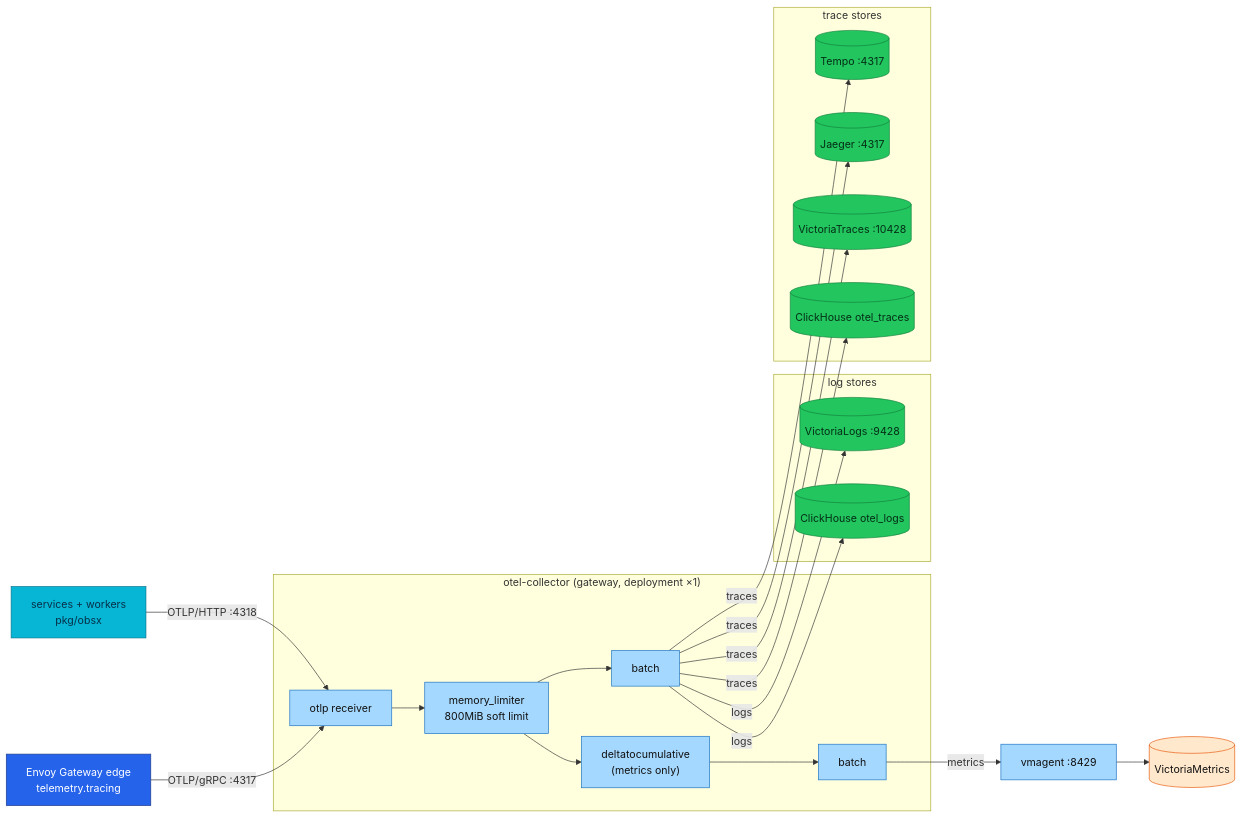
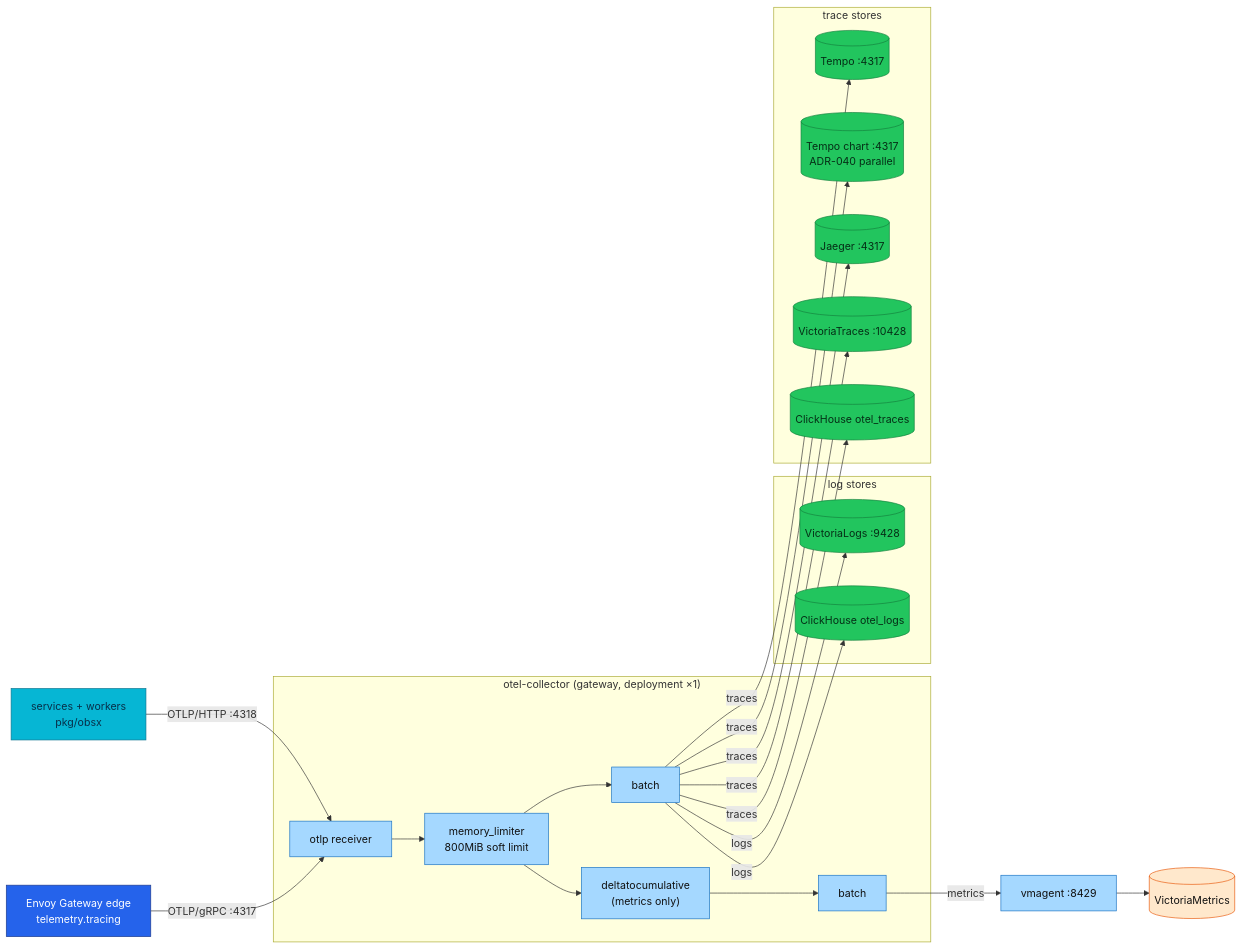
Before and after one commit to duynhlab/homelab: the diagram in docs/observability/opentelemetry/collector.md, drawn with Mermaid. The commit also changed other lines of this file and 12 other files, not shown here.

````diff
--- a/docs/observability/opentelemetry/collector.md
+++ b/docs/observability/opentelemetry/collector.md
@@ -55,42 +55,44 @@
 ```mermaid
 flowchart LR
     APPS["services + workers<br/>pkg/obsx"] -->|"OTLP/HTTP :4318"| RCV
     EDGE["Envoy Gateway edge<br/>telemetry.tracing"] -->|"OTLP/gRPC :4317"| RCV
 
     subgraph COLLECTOR["otel-collector (gateway, deployment ×1)"]
         RCV["otlp receiver"] --> ML["memory_limiter<br/>800MiB soft limit"]
         ML --> D2C["deltatocumulative<br/>(metrics only)"] --> BM["batch"]
         ML --> BT["batch"]
     end
 
     BM -->|"metrics"| VMA["vmagent :8429"] --> VM[("VictoriaMetrics")]
 
     subgraph LOGSTORES["log stores"]
         VL[("VictoriaLogs :9428")]
         CHL[("ClickHouse otel_logs")]
     end
     subgraph TRACESTORES["trace stores"]
         TEMPO[("Tempo :4317")]
+        TEMPOC[("Tempo chart :4317<br/>ADR-040 parallel")]
         JAE[("Jaeger :4317")]
         VT[("VictoriaTraces :10428")]
         CHT[("ClickHouse otel_traces")]
     end
 
     BT -->|"logs"| VL
     BT -->|"logs"| CHL
     BT -->|"traces"| TEMPO
+    BT -->|"traces"| TEMPOC
     BT -->|"traces"| JAE
     BT -->|"traces"| VT
     BT -->|"traces"| CHT
 
     classDef service fill:#06b6d4,color:#082f49,stroke:#0e7490;
     classDef edge fill:#2563eb,color:#fff,stroke:#1e3a8a;
     classDef collector fill:#a5d8ff,color:#111,stroke:#1971c2;
     classDef metric fill:#ffe8cc,color:#111,stroke:#e8590c;
     classDef data fill:#22c55e,color:#052e16,stroke:#15803d;
     class APPS service;
     class EDGE edge;
     class RCV,ML,D2C,BM,BT,VMA collector;
     class VM metric;
-    class VL,CHL,TEMPO,JAE,VT,CHT data;
+    class VL,CHL,TEMPO,TEMPOC,JAE,VT,CHT data;
 ```
````
